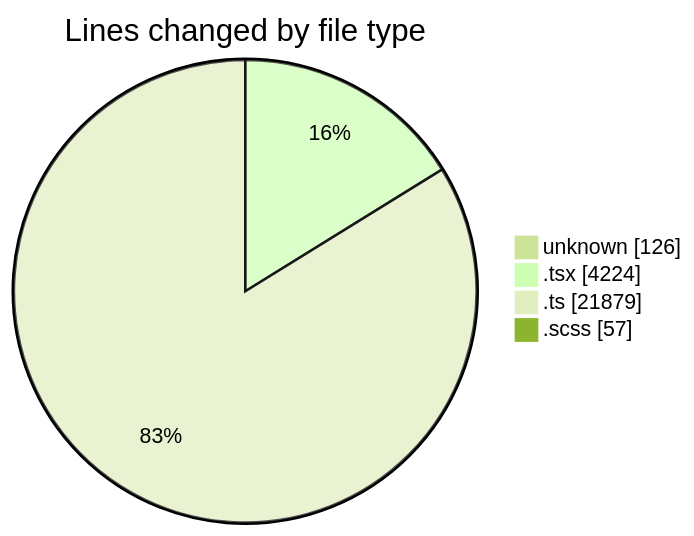
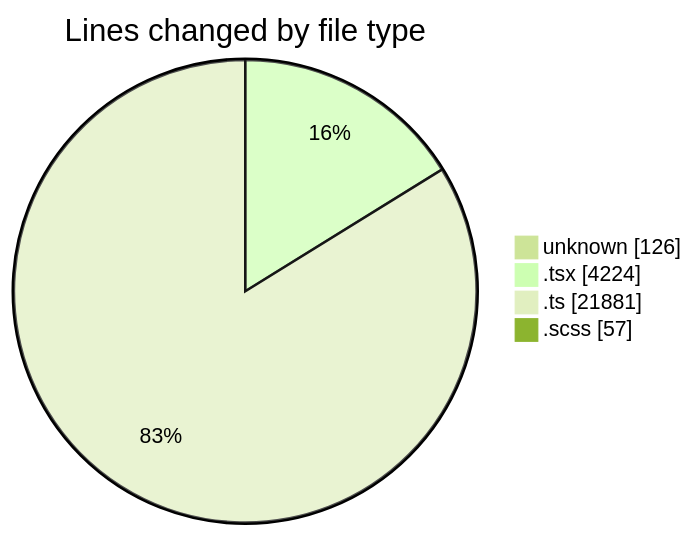
The first of 2 diagrams in 2026-09-23/cda/README.md (momahboobian/code-tracking), drawn with Mermaid (forest theme) before and after one commit. The commit also changed other lines of this file and 1 other file, not shown here.

````diff
--- a/2026-09-23/cda/README.md
+++ b/2026-09-23/cda/README.md
@@ -46,8 +46,8 @@
 ```mermaid
 pie showData
 title Lines changed by file type
 "unknown" : 126
 ".tsx" : 4224
-".ts" : 21879
+".ts" : 21881
 ".scss" : 57
 ```
````
